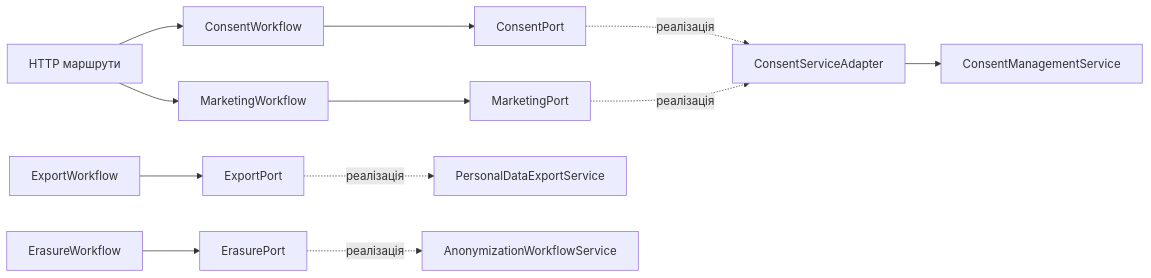
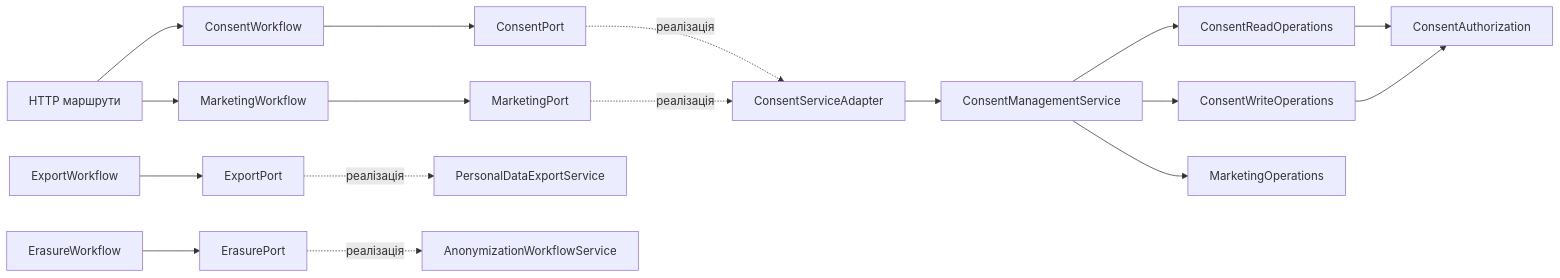
Before and after one commit to Vlad8800/QA_1lab: the diagram in docs/lab8/Завдання 2 God Object.md, drawn with Mermaid. The commit also changed other lines of this file and 2 other files, not shown here.

````diff
--- a/docs/lab8/Завдання 2 God Object.md
+++ b/docs/lab8/Завдання 2 God Object.md
@@ -47,14 +47,19 @@
 ```mermaid
 flowchart LR
     HTTP[HTTP маршрути] --> CW[ConsentWorkflow]
     HTTP --> MW[MarketingWorkflow]
     CW --> CP[ConsentPort]
     MW --> MP[MarketingPort]
     CP -. реалізація .-> A[ConsentServiceAdapter]
     MP -. реалізація .-> A
     A --> S[ConsentManagementService]
+    S --> Q[ConsentReadOperations]
+    S --> C[ConsentWriteOperations]
+    S --> M[MarketingOperations]
+    Q --> AP[ConsentAuthorization]
+    C --> AP
     EW[ExportWorkflow] --> EP[ExportPort]
     RW[ErasureWorkflow] --> RP[ErasurePort]
     EP -. реалізація .-> EX[PersonalDataExportService]
     RP -. реалізація .-> ER[AnonymizationWorkflowService]
 ```
````
